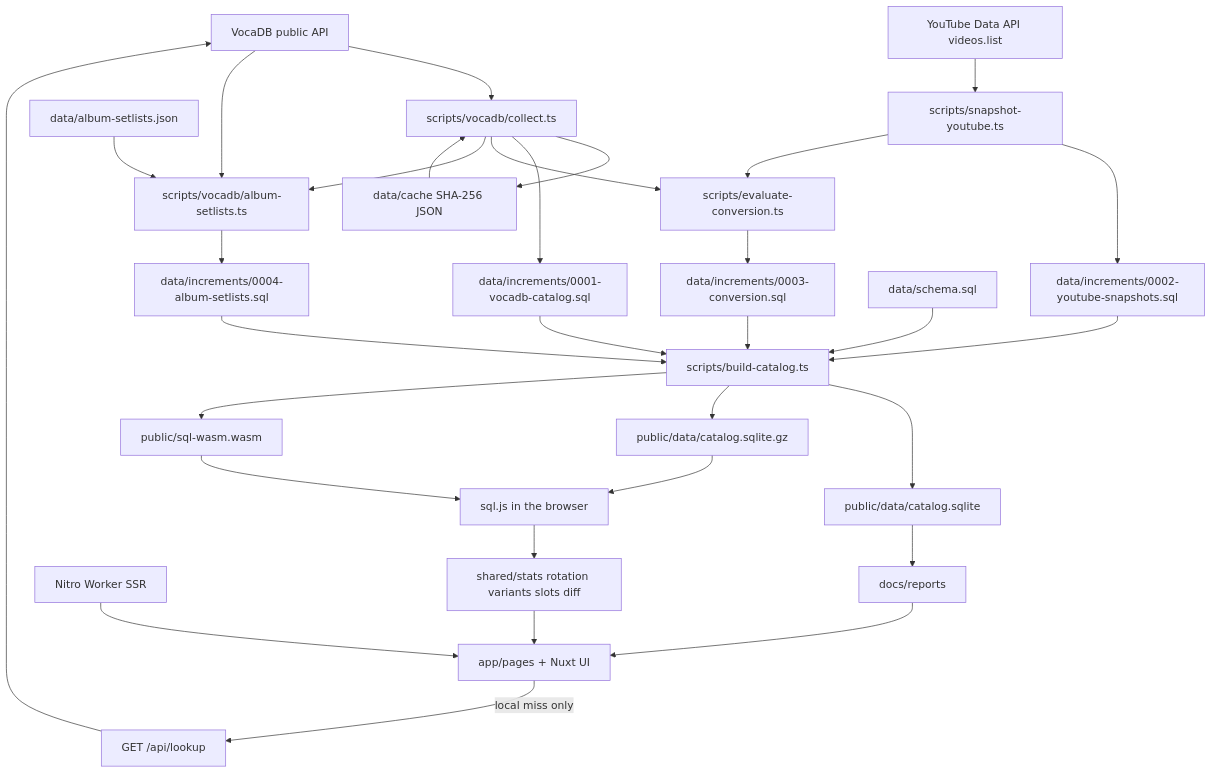
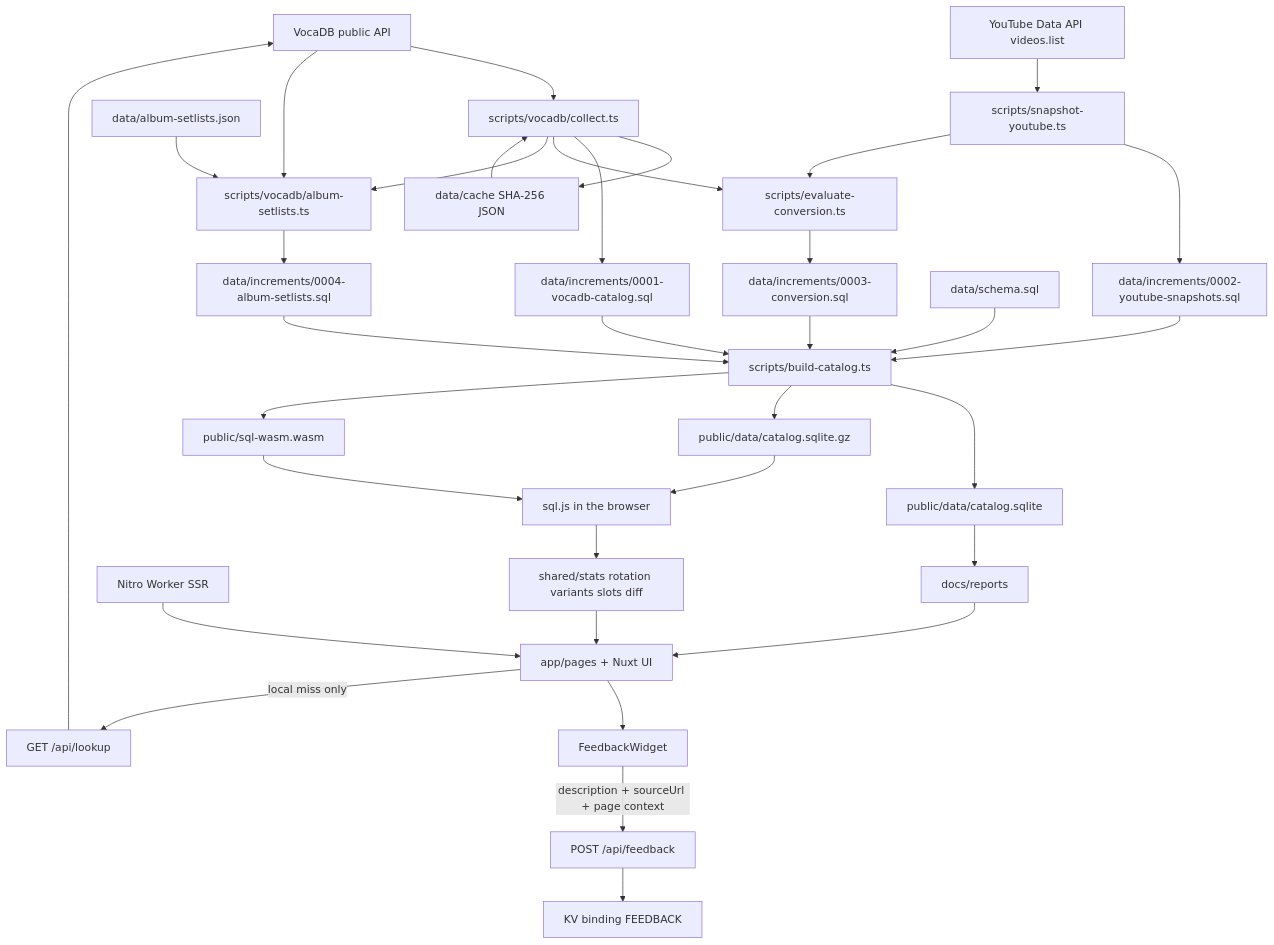
Before and after one commit to RJiazhen/miku-concert-stats: the diagram in docs/architecture.md, drawn with Mermaid. The commit also changed other lines of this file and 9 other files, not shown here.

````diff
--- a/docs/architecture.md
+++ b/docs/architecture.md
@@ -137,57 +149,63 @@
 ```mermaid
 flowchart TD
   vocadb["VocaDB public API"]
   cache["data/cache SHA-256 JSON"]
   collect["scripts/vocadb/collect.ts"]
   albums["data/album-setlists.json"]
   collectalbums["scripts/vocadb/album-setlists.ts"]
   youtube["YouTube Data API videos.list"]
   snap["scripts/snapshot-youtube.ts"]
   inc1["data/increments/0001-vocadb-catalog.sql"]
   inc2["data/increments/0002-youtube-snapshots.sql"]
   inc4["data/increments/0004-album-setlists.sql"]
   eval["scripts/evaluate-conversion.ts"]
   inc3["data/increments/0003-conversion.sql"]
   schema["data/schema.sql"]
   build["scripts/build-catalog.ts"]
   sqlite["public/data/catalog.sqlite"]
   gzip["public/data/catalog.sqlite.gz"]
   wasm["public/sql-wasm.wasm"]
   browser["sql.js in the browser"]
   shared["shared/stats rotation variants slots diff"]
   pages["app/pages + Nuxt UI"]
+  widget["FeedbackWidget"]
+  feedback["POST /api/feedback"]
+  feedbackkv["KV binding FEEDBACK"]
   worker["Nitro Worker SSR"]
   lookup["GET /api/lookup"]
   report["docs/reports"]
 
   vocadb --> collect
   collect --> cache
   cache --> collect
   collect --> inc1
   collect --> eval
   vocadb --> collectalbums
   albums --> collectalbums
   collect --> collectalbums
   collectalbums --> inc4
   youtube --> snap
   snap --> inc2
   snap --> eval
   schema --> build
   inc1 --> build
   inc2 --> build
   inc4 --> build
   inc3 --> build
   eval --> inc3
   build --> sqlite
   build --> gzip
   build --> wasm
   gzip --> browser
   wasm --> browser
   browser --> shared
   shared --> pages
   worker --> pages
+  pages --> widget
+  widget -->|"description + sourceUrl + page context"| feedback
+  feedback --> feedbackkv
   pages -->|"local miss only"| lookup
   lookup --> vocadb
   sqlite --> report
   report --> pages
 ```
````
